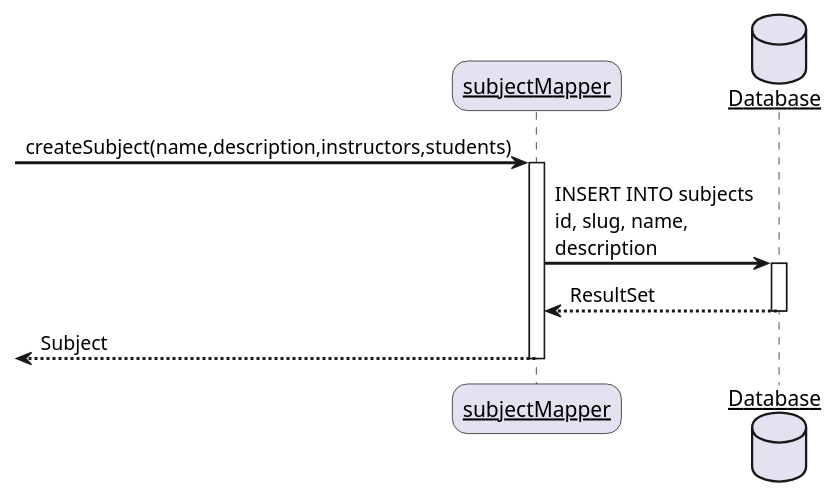
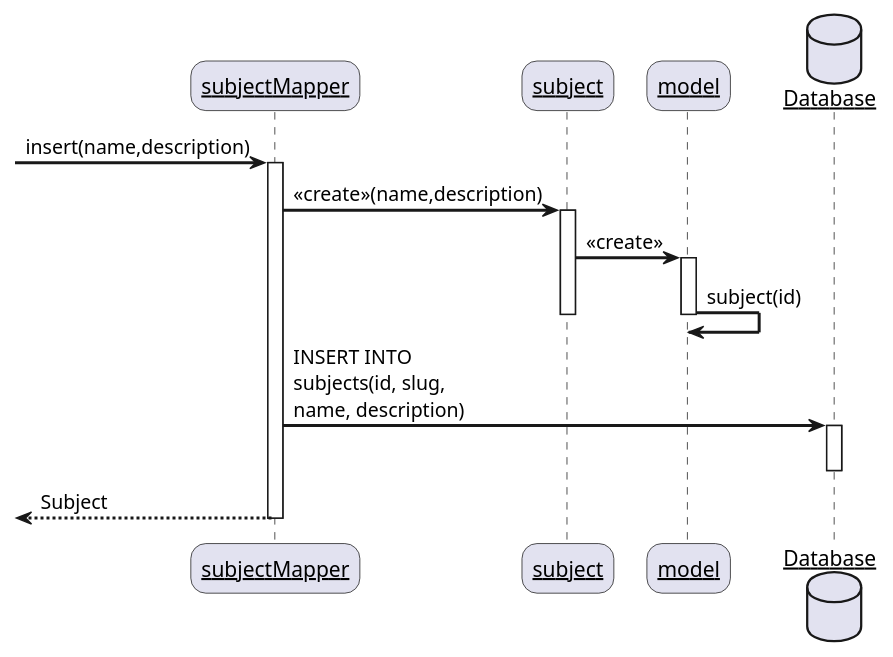
One commit to omjadas/ekzameno changed the diagram in docs/diagrams/sequence/identityField.puml. Above: the diagram before and after it, drawn with PlantUML. The commit also changed 1 other file, not shown here.

Commit message:
fix: identity Map sequence diagram

```diff
--- a/docs/diagrams/sequence/identityField.puml
+++ b/docs/diagrams/sequence/identityField.puml
@@ -1,23 +1,34 @@
 @startuml Identity Field
 
 skinparam sequenceArrowThickness 2
 skinparam roundcorner 20
-skinparam maxmessagesize 150
+skinparam maxmessagesize 140
 skinparam sequenceParticipant underline
 
 participant "subjectMapper" as A
-database Database as B
+participant "subject" as B
+participant "model" as C
+database Database as D
 
--> A: createSubject(name,description,instructors,students)
+-> A: insert(name,description)
 activate A
 
-A -> B: INSERT INTO subjects id, slug, name, description
-activate B
+A -> B: <<create>>(name,description)
+activate B 
 
-B --> A: ResultSet
+B -> C: <<create>>
+activate C
+
+C -> C:subject(id)
+deactivate C
 deactivate B
+
+A -> D: INSERT INTO subjects(id, slug, name, description)
+activate D
+
+deactivate D
 
 <-- A : Subject
 deactivate A
 
 @enduml
```
